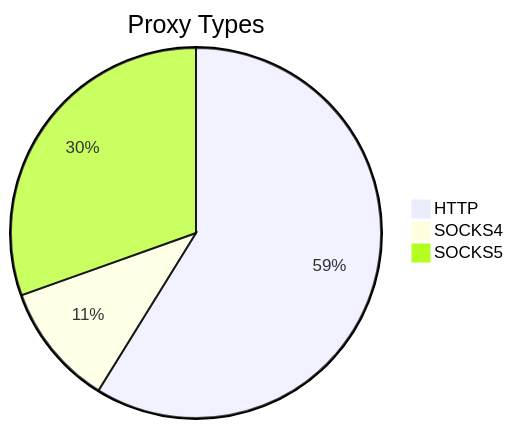
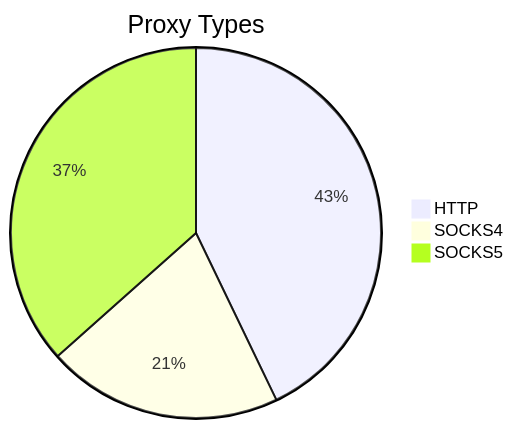
The first of 2 diagrams in README.md (stormsia/proxy-list), drawn with Mermaid before and after one commit. The commit also changed other lines of this file, not shown here.

````diff
--- a/README.md
+++ b/README.md
@@ -21,6 +21,6 @@
 ```mermaid
 pie title Proxy Types
-    "HTTP" : 170
-    "SOCKS4" : 31
-    "SOCKS5" : 88
+    "HTTP" : 225
+    "SOCKS4" : 108
+    "SOCKS5" : 192
 ```
````
